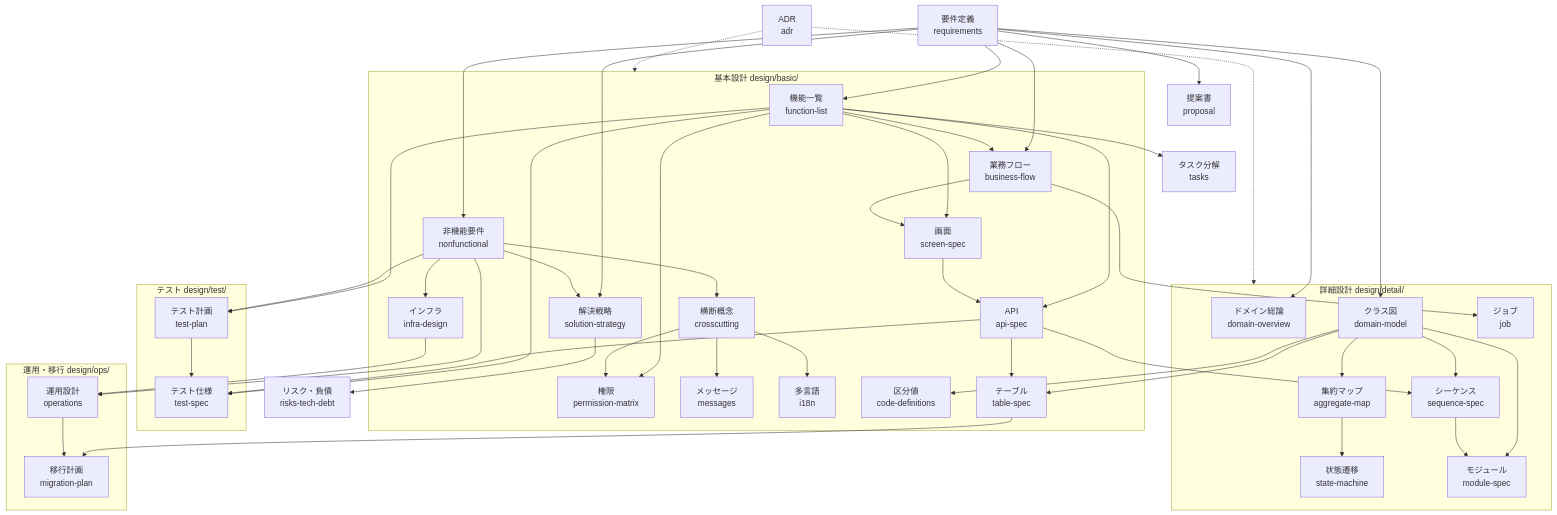
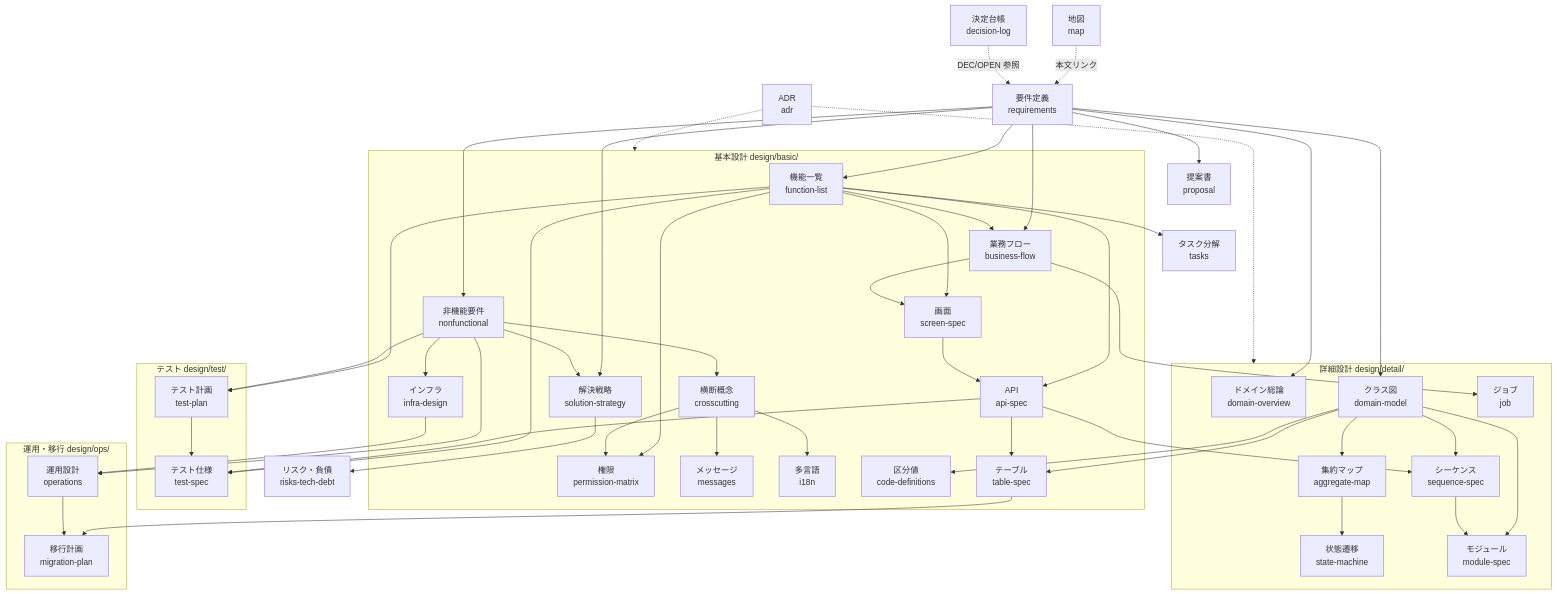
Before and after one commit to SakakitaniJunya/Igeta: the second of 2 diagrams in templates/docs/guides/01-document-taxonomy.md, drawn with Mermaid. The commit also changed other lines of this file and 28 other files, not shown here.

First line of the commit message:
feat: 人間レビュー層 — 地図・決定台帳・機能ブリーフ・レビューシート・analyze・fix-ids (#12)

````diff
--- a/templates/docs/guides/01-document-taxonomy.md
+++ b/templates/docs/guides/01-document-taxonomy.md
@@ -48,62 +48,65 @@
 ```mermaid
 flowchart TB
+  MAP["地図<br/>map"] -.->|本文リンク| REQ
+  DEC["決定台帳<br/>decision-log"] -.->|DEC/OPEN 参照| REQ
+
   REQ["要件定義<br/>requirements"]
 
   subgraph basic["基本設計 design/basic/"]
     FN["機能一覧<br/>function-list"]
     NFR["非機能要件<br/>nonfunctional"]
     SS["解決戦略<br/>solution-strategy"]
     XC["横断概念<br/>crosscutting"]
     PRM["権限<br/>permission-matrix"]
     MSG["メッセージ<br/>messages"]
     I18N["多言語<br/>i18n"]
     CD["区分値<br/>code-definitions"]
     INF["インフラ<br/>infra-design"]
     BF["業務フロー<br/>business-flow"]
     SCR["画面<br/>screen-spec"]
     API["API<br/>api-spec"]
     TBL["テーブル<br/>table-spec"]
   end
 
   subgraph detail["詳細設計 design/detail/"]
     DOV["ドメイン総論<br/>domain-overview"]
     CLS["クラス図<br/>domain-model"]
     AGG["集約マップ<br/>aggregate-map"]
     STM["状態遷移<br/>state-machine"]
     SEQ["シーケンス<br/>sequence-spec"]
     MOD["モジュール<br/>module-spec"]
     JOB["ジョブ<br/>job"]
   end
 
   subgraph test["テスト design/test/"]
     TSP["テスト計画<br/>test-plan"]
     TST["テスト仕様<br/>test-spec"]
   end
 
   subgraph ops["運用・移行 design/ops/"]
     OPS["運用設計<br/>operations"]
     MIG["移行計画<br/>migration-plan"]
   end
 
   RSK["リスク・負債<br/>risks-tech-debt"]
   T["タスク分解<br/>tasks"]
   PRP["提案書<br/>proposal"]
   ADR["ADR<br/>adr"]
 
   REQ --> FN & NFR & SS & BF & DOV & CLS & PRP
   FN --> BF & SCR & API & PRM & TSP & TST & T
   NFR --> SS & XC & INF & OPS & TSP
   SS --> RSK
   XC --> PRM & MSG & I18N
   BF --> SCR & JOB
   SCR --> API
   API --> TBL & SEQ & TST
   CLS --> AGG & CD & TBL & SEQ & MOD
   AGG --> STM
   SEQ --> MOD
   INF --> OPS
   TBL --> MIG
   OPS --> MIG
   TSP --> TST
   ADR -.-> basic & detail
 ```
````
